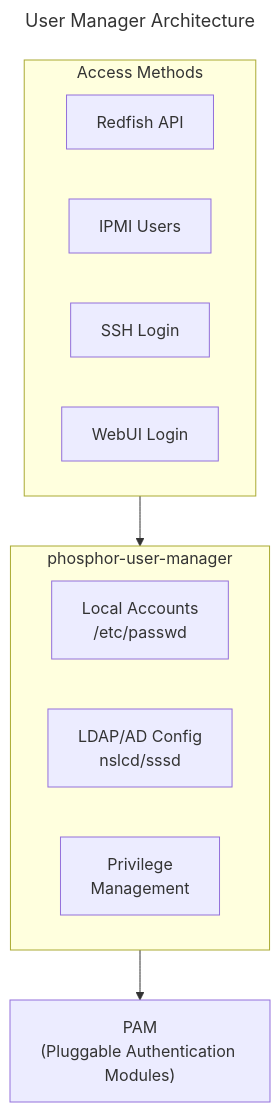
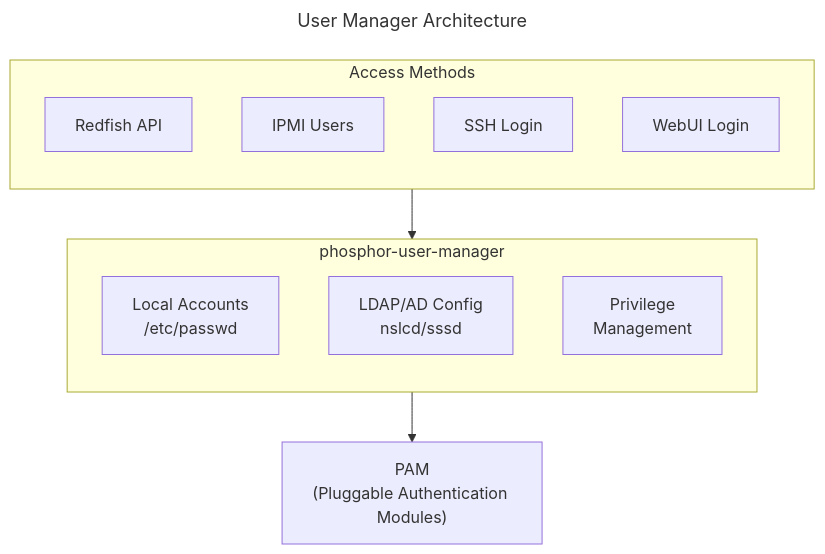
One commit to MichaelTien8901/openbmc-guide-tutorial changed the diagram in docs/03-core-services/06-user-manager-guide.md. Above: the diagram before and after it, drawn with Mermaid. The commit also changed 1 other file, not shown here.

Commit message:
Fix mermaid diagram direction for consistent rendering

````diff
--- a/docs/03-core-services/06-user-manager-guide.md
+++ b/docs/03-core-services/06-user-manager-guide.md
@@ -30,24 +30,24 @@
 ```mermaid
 ---
 title: User Manager Architecture
 ---
 flowchart TB
     subgraph access["Access Methods"]
-        direction LR
+        direction TB
         redfish["Redfish API"]
         ipmi["IPMI Users"]
         ssh["SSH Login"]
         webui["WebUI Login"]
     end
 
     access --> usermgr
 
     subgraph usermgr["phosphor-user-manager"]
-        direction LR
+        direction TB
         local["Local Accounts<br/>/etc/passwd"]
         ldap["LDAP/AD Config<br/>nslcd/sssd"]
         priv["Privilege<br/>Management"]
     end
 
     usermgr --> pam["PAM<br/>(Pluggable Authentication Modules)"]
 ```
````
